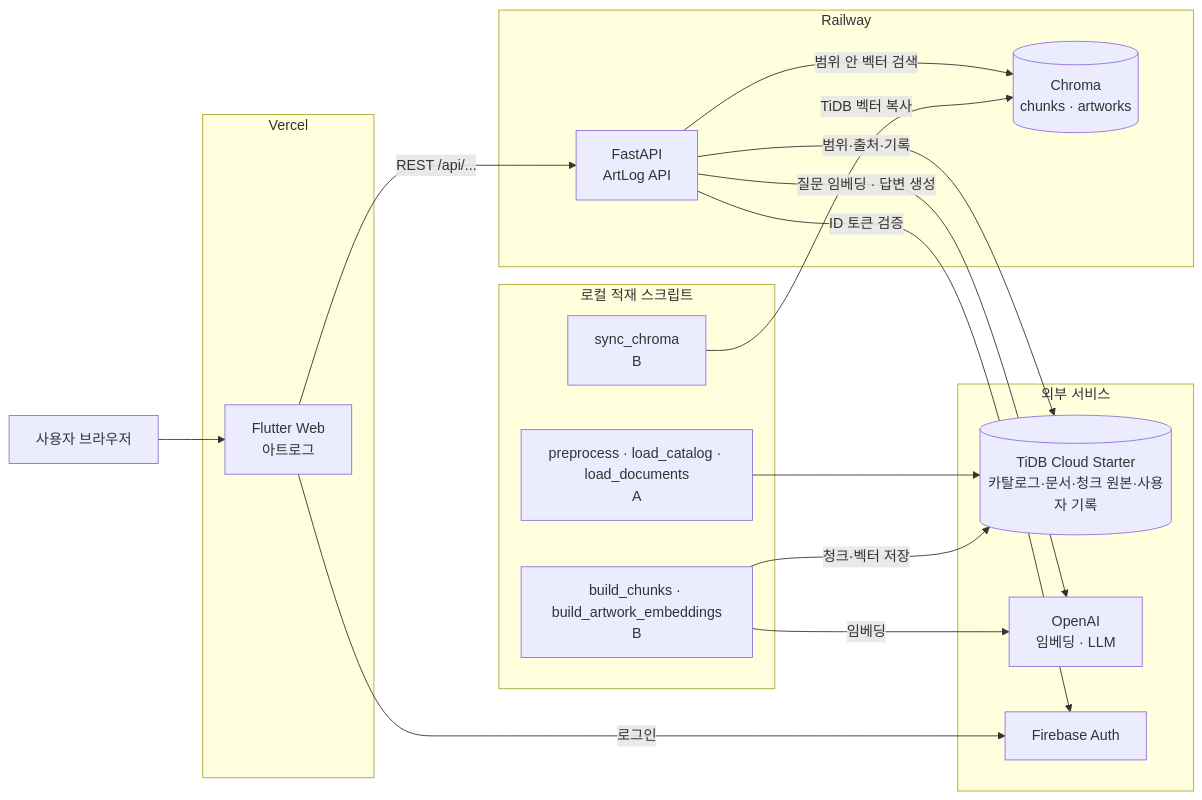
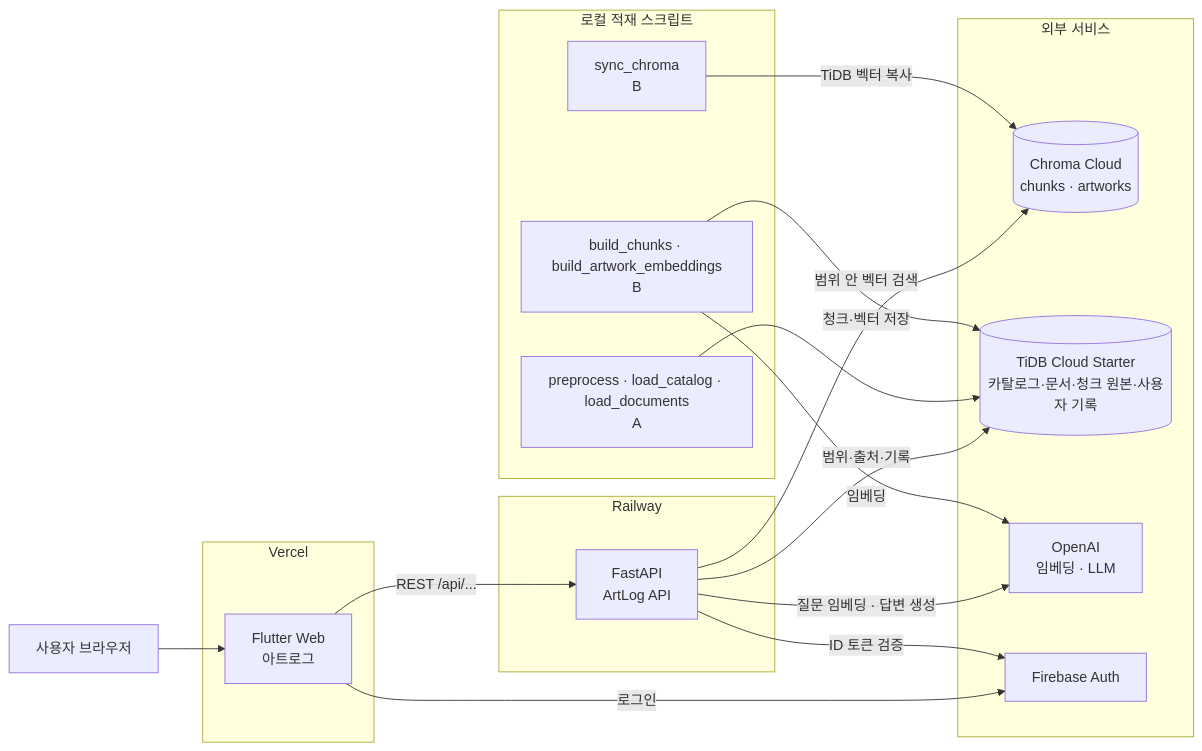
Before and after one commit to SKNETWORKS-FAMILY-AICAMP/SKN35-3rd-1Team: the first of 2 diagrams in docs/architecture.md, drawn with Mermaid. The commit also changed other lines of this file, not shown here.

Commit message:
[Fix] Chroma 관련 문서 추가

````diff
--- a/docs/architecture.md
+++ b/docs/architecture.md
@@ -22,33 +22,33 @@
 ```mermaid
 flowchart LR
     U[사용자 브라우저]
     subgraph VERCEL["Vercel"]
         F[Flutter Web<br/>아트로그]
     end
     subgraph RAILWAY["Railway"]
         API[FastAPI<br/>ArtLog API]
-        CH[(Chroma<br/>chunks · artworks)]
     end
     subgraph EXT["외부 서비스"]
+        CH[(Chroma Cloud<br/>chunks · artworks)]
         DB[(TiDB Cloud Starter<br/>카탈로그·문서·청크 원본·사용자 기록)]
         OAI[OpenAI<br/>임베딩 · LLM]
         FB[Firebase Auth]
     end
     subgraph LOCAL["로컬 적재 스크립트"]
         S1[preprocess · load_catalog · load_documents<br/>A]
         S2[build_chunks · build_artwork_embeddings<br/>B]
         S3[sync_chroma<br/>B]
     end
 
     U --> F
     F -- "REST /api/..." --> API
     F -- 로그인 --> FB
     API -- ID 토큰 검증 --> FB
     API -- 범위·출처·기록 --> DB
     API -- 범위 안 벡터 검색 --> CH
     API -- 질문 임베딩 · 답변 생성 --> OAI
     S1 --> DB
     S2 -- 청크·벡터 저장 --> DB
     S2 -- 임베딩 --> OAI
     S3 -- TiDB 벡터 복사 --> CH
 ```
````
